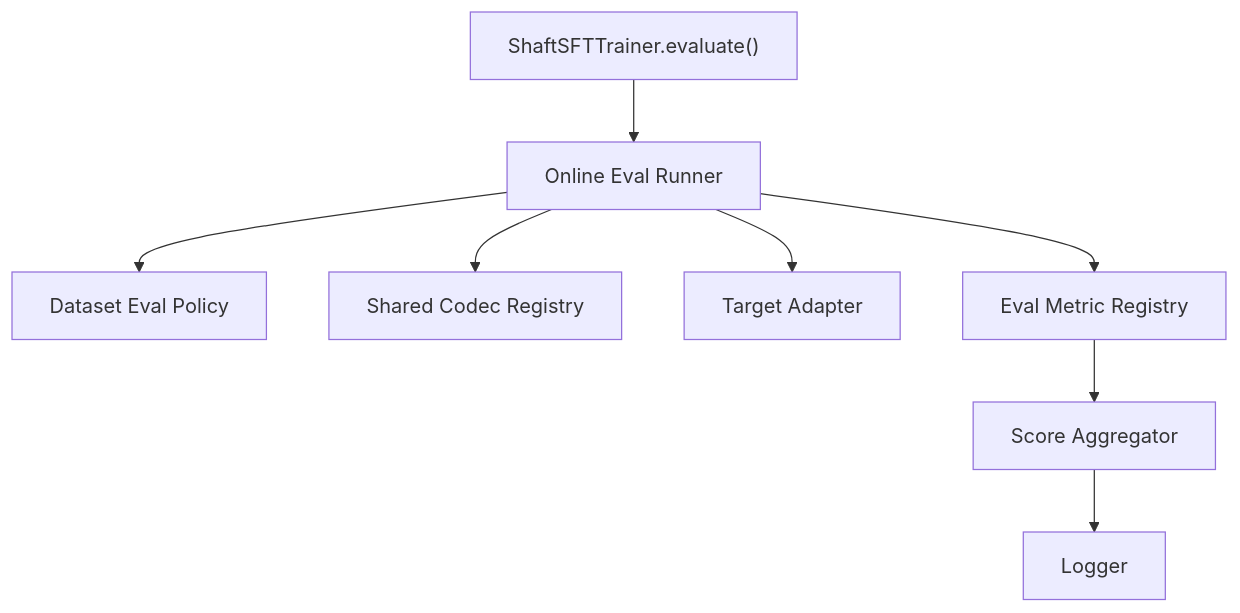
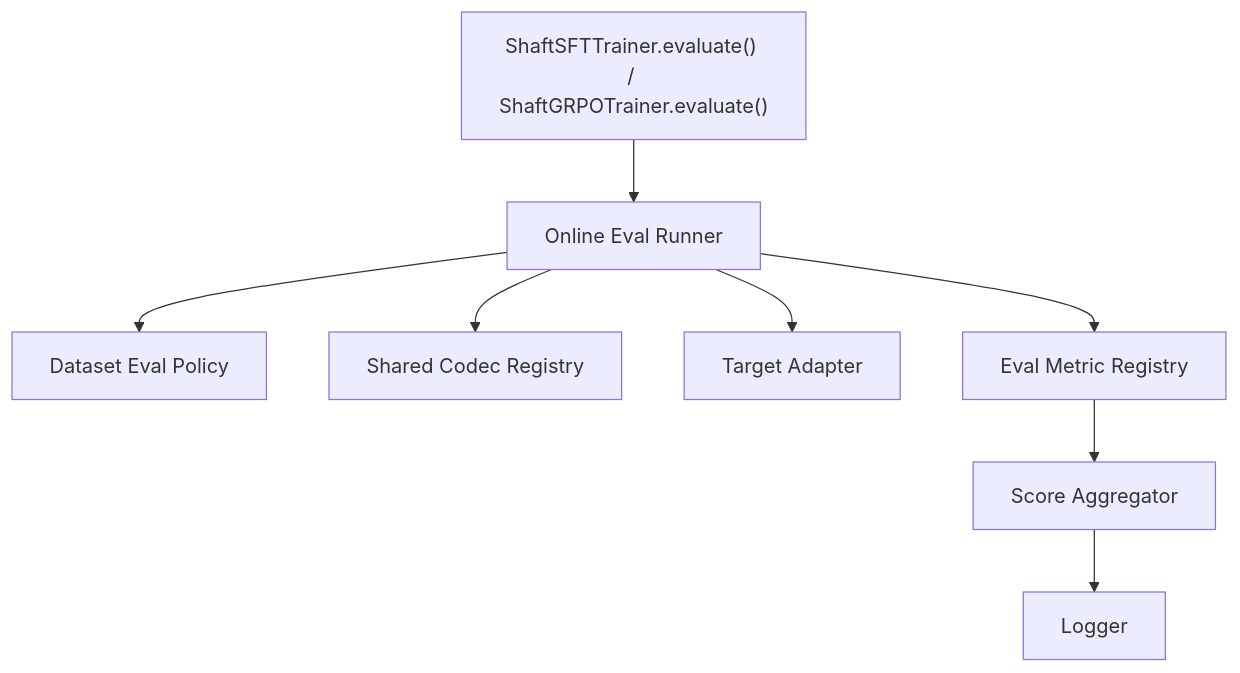
Before and after one commit to BITnene465/shaft: the first of 3 diagrams in docs/online_eval_design.md, drawn with Mermaid. The commit also changed other lines of this file and 37 other files, not shown here.

````diff
--- a/docs/online_eval_design.md
+++ b/docs/online_eval_design.md
@@ -67,19 +67,19 @@
 ```mermaid
 flowchart TD
-    Trainer["ShaftSFTTrainer.evaluate()"]
+    Trainer["ShaftSFTTrainer.evaluate() / ShaftGRPOTrainer.evaluate()"]
     Runner["Online Eval Runner"]
     Policy["Dataset Eval Policy"]
     Codec["Shared Codec Registry"]
     Target["Target Adapter"]
     Metric["Eval Metric Registry"]
     Agg["Score Aggregator"]
     Log["Logger"]
 
     Trainer --> Runner
     Runner --> Policy
     Runner --> Codec
     Runner --> Target
     Runner --> Metric
     Metric --> Agg
     Agg --> Log
 ```
````
